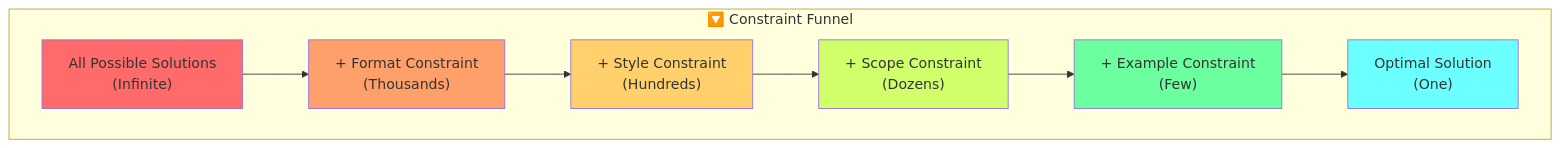
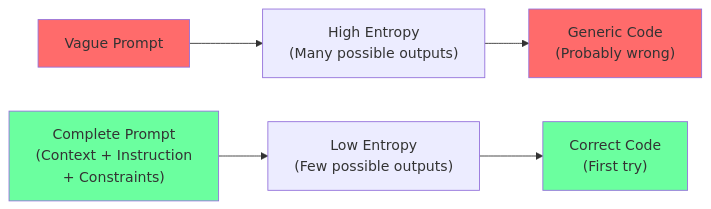
The fourth of 4 diagrams in assets/diagrams/ch03-prompt-anatomy.md (Just-Understanding-Data-Ltd/compound-engineering-book), drawn with Mermaid before and after one commit. The commit also changed other lines of this file and 4 other files, not shown here.

First line of the commit message:
[chapter]: Complete ch03 diagrams_complete milestone (task-017)

````diff
--- a/assets/diagrams/ch03-prompt-anatomy.md
+++ b/assets/diagrams/ch03-prompt-anatomy.md
@@ -33,20 +101,13 @@
 ```mermaid
-flowchart TB
-    subgraph Funnel["🔽 Constraint Funnel"]
-        A["All Possible Solutions\n(Infinite)"]
-        B["+ Format Constraint\n(Thousands)"]
-        C["+ Style Constraint\n(Hundreds)"]
-        D["+ Scope Constraint\n(Dozens)"]
-        E["+ Example Constraint\n(Few)"]
-        F["Optimal Solution\n(One)"]
+flowchart LR
+    A["Vague Prompt"] --> B["High Entropy\n(Many possible outputs)"]
+    B --> C["Generic Code\n(Probably wrong)"]
 
-        A --> B --> C --> D --> E --> F
-    end
+    D["Complete Prompt\n(Context + Instruction\n+ Constraints)"] --> E["Low Entropy\n(Few possible outputs)"]
+    E --> F["Correct Code\n(First try)"]
 
     style A fill:#ff6b6b
-    style B fill:#ffa06b
-    style C fill:#ffd06b
-    style D fill:#d0ff6b
-    style E fill:#6bff9f
-    style F fill:#6bffff
+    style C fill:#ff6b6b
+    style D fill:#6bff9f
+    style F fill:#6bff9f
 ```
````
